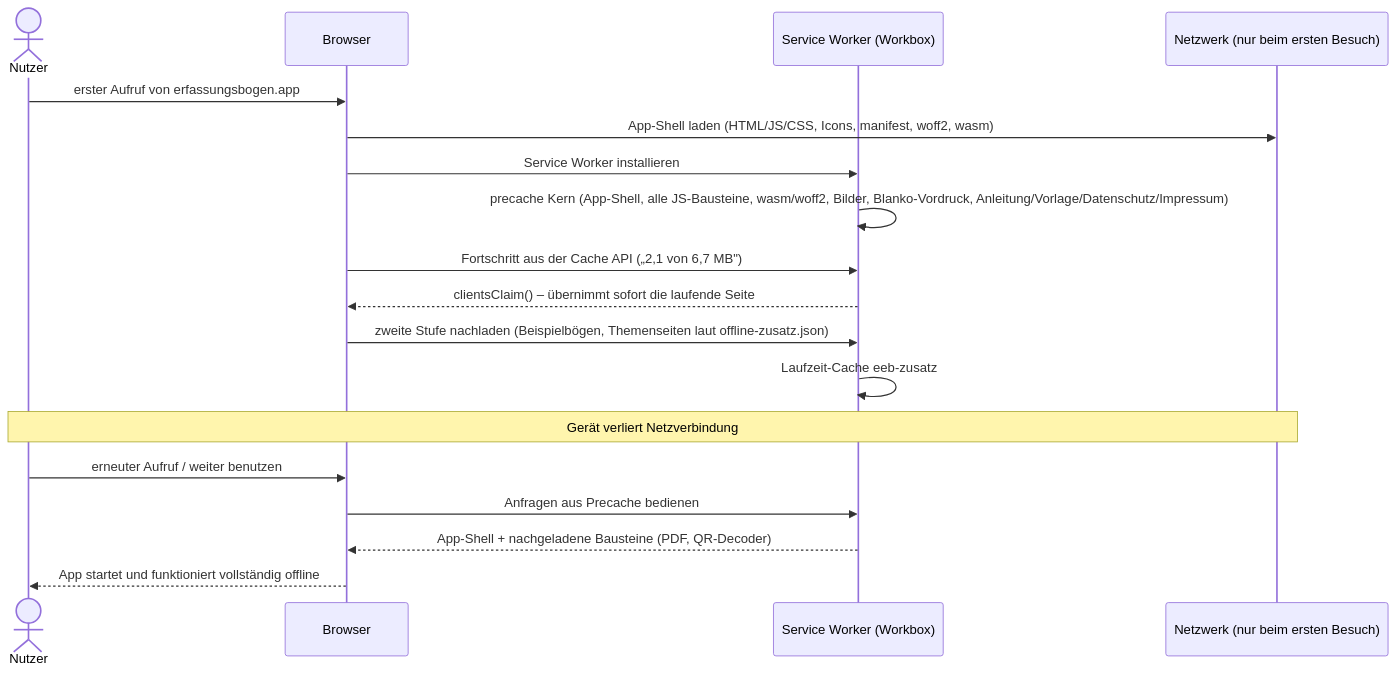
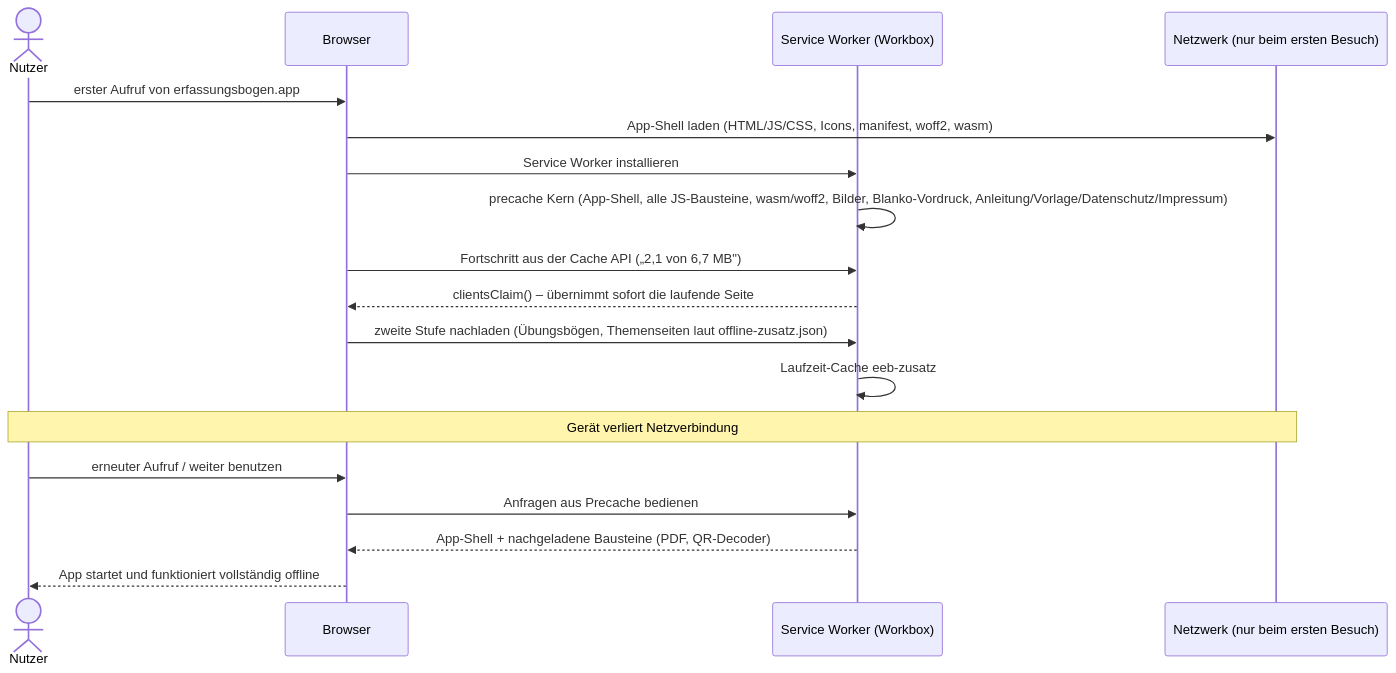
The eighth of 12 diagrams in docs/arc42-architektur.md (wattnpapa/erfassungsbogen), drawn with Mermaid before and after one commit. The commit also changed other lines of this file and 274 other files, not shown here.

First line of the commit message:
Aus „Beispielbögen“ werden „Übungsbögen“

````diff
--- a/docs/arc42-architektur.md
+++ b/docs/arc42-architektur.md
@@ -1514,21 +1514,21 @@
 ```mermaid
 sequenceDiagram
   actor Nutzer
   participant Browser
   participant SW as Service Worker (Workbox)
   participant Netz as Netzwerk (nur beim ersten Besuch)
 
   Nutzer->>Browser: erster Aufruf von erfassungsbogen.app
   Browser->>Netz: App-Shell laden (HTML/JS/CSS, Icons, manifest, woff2, wasm)
   Browser->>SW: Service Worker installieren
   SW->>SW: precache Kern (App-Shell, alle JS-Bausteine, wasm/woff2, Bilder, Blanko-Vordruck, Anleitung/Vorlage/Datenschutz/Impressum)
   Browser->>SW: Fortschritt aus der Cache API („2,1 von 6,7 MB")
   SW-->>Browser: clientsClaim() – übernimmt sofort die laufende Seite
-  Browser->>SW: zweite Stufe nachladen (Beispielbögen, Themenseiten laut offline-zusatz.json)
+  Browser->>SW: zweite Stufe nachladen (Übungsbögen, Themenseiten laut offline-zusatz.json)
   SW->>SW: Laufzeit-Cache eeb-zusatz
   Note over Nutzer,Netz: Gerät verliert Netzverbindung
   Nutzer->>Browser: erneuter Aufruf / weiter benutzen
   Browser->>SW: Anfragen aus Precache bedienen
   SW-->>Browser: App-Shell + nachgeladene Bausteine (PDF, QR-Decoder)
   Browser-->>Nutzer: App startet und funktioniert vollständig offline
 ```
````
